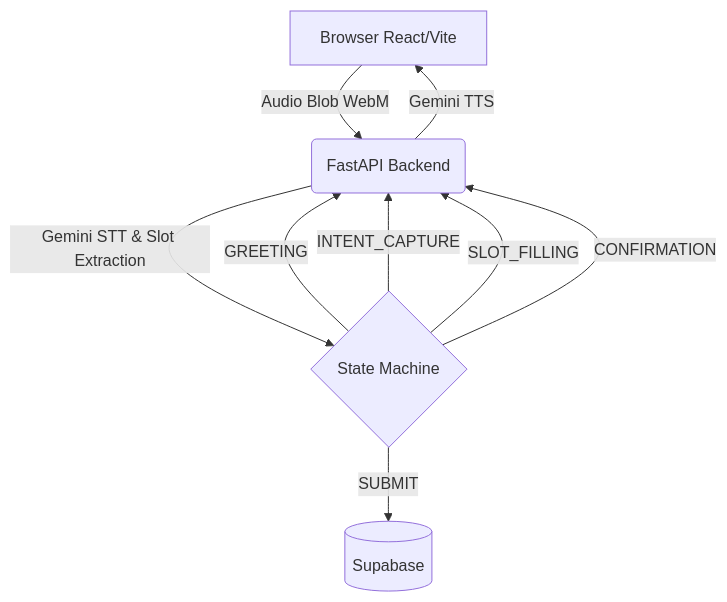
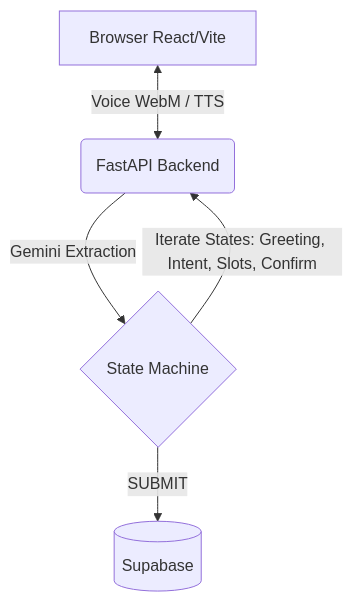
The diagram in README.md (nithinsj-code/JustSpeak), drawn with Mermaid before and after one commit.

````diff
--- a/README.md
+++ b/README.md
@@ -31,11 +31,7 @@
 ```mermaid
 graph TD
-    A[Browser React/Vite] -->|Audio Blob WebM| B(FastAPI Backend)
-    B -->|Gemini STT & Slot Extraction| C{State Machine}
-    C -->|GREETING| B
-    C -->|INTENT_CAPTURE| B
-    C -->|SLOT_FILLING| B
-    C -->|CONFIRMATION| B
+    A[Browser React/Vite] <-->|Voice WebM / TTS| B(FastAPI Backend)
+    B -->|Gemini Extraction| C{State Machine}
+    C -->|Iterate States: Greeting, Intent, Slots, Confirm| B
     C -->|SUBMIT| D[(Supabase)]
-    B -->|Gemini TTS| A
 ```
````
